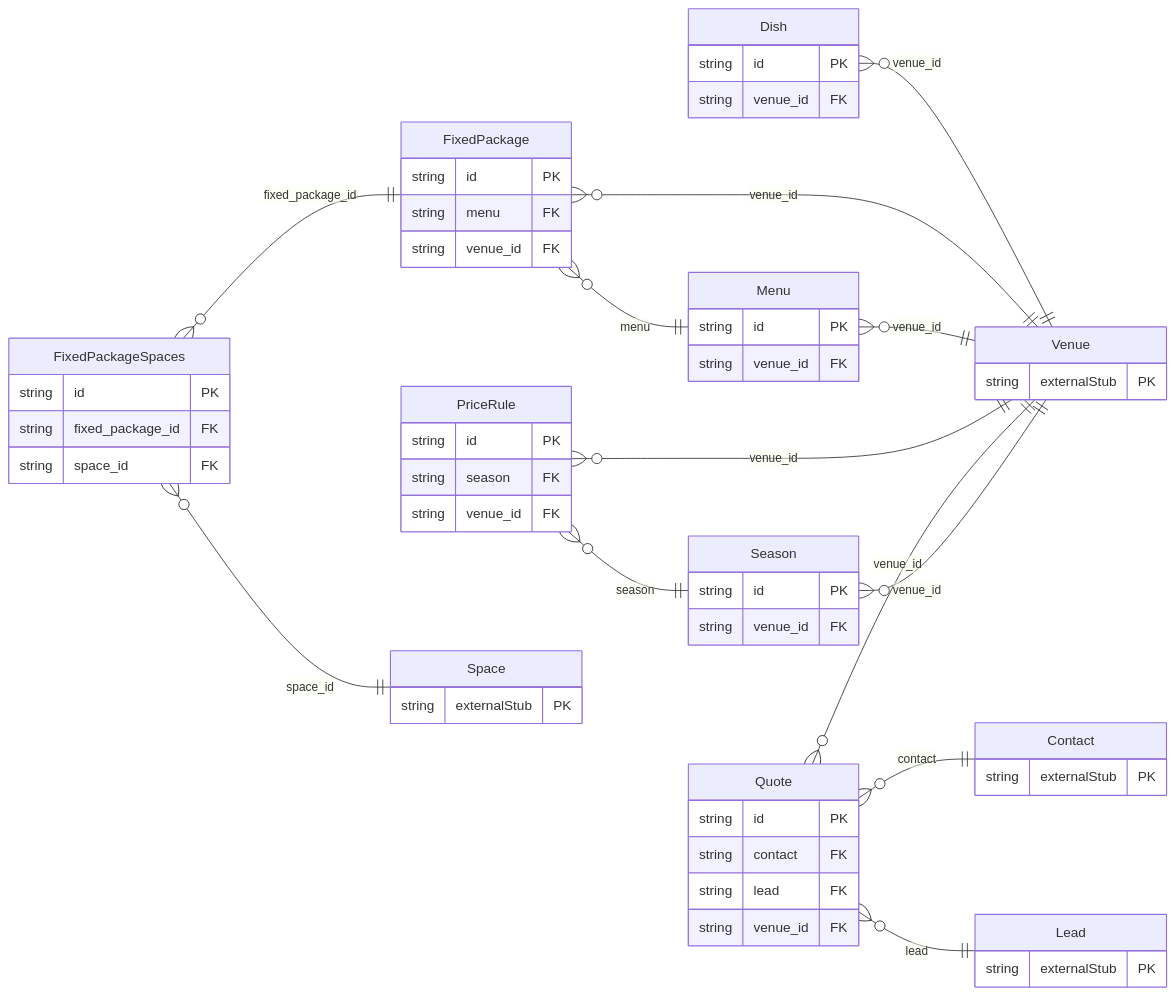
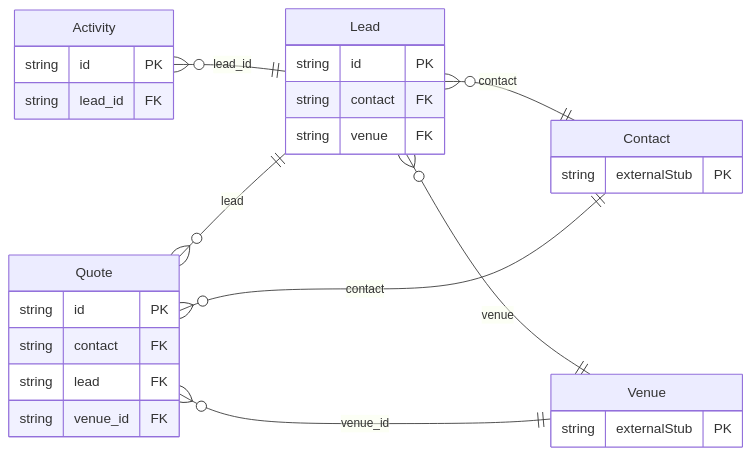
One commit to shokki-engineering/aperio changed the diagram in protobuf/generated/prisma/aperio/sales/README.md. Above: the diagram before and after it, drawn with Mermaid. The commit also changed other lines of this file and 155 other files, not shown here.

First line of the commit message:
Refactor Prisma schema and update enums for stay and event management

````diff
--- a/protobuf/generated/prisma/aperio/sales/README.md
+++ b/protobuf/generated/prisma/aperio/sales/README.md
@@ -13,61 +13,31 @@
 ```mermaid
 erDiagram
     direction LR
-    Dish {
+    Activity {
         string id PK
-        string venue_id FK
+        string lead_id FK
     }
-    FixedPackage {
+    Lead {
         string id PK
-        string menu FK
-        string venue_id FK
-    }
-    FixedPackageSpaces {
-        string id PK
-        string fixed_package_id FK
-        string space_id FK
-    }
-    Menu {
-        string id PK
-        string venue_id FK
-    }
-    PriceRule {
-        string id PK
-        string season FK
-        string venue_id FK
+        string contact FK
+        string venue FK
     }
     Quote {
         string id PK
         string contact FK
         string lead FK
         string venue_id FK
     }
-    Season {
-        string id PK
-        string venue_id FK
-    }
     Contact {
-        string externalStub PK
-    }
-    Lead {
-        string externalStub PK
-    }
-    Space {
         string externalStub PK
     }
     Venue {
         string externalStub PK
     }
-    Dish }o--|| Venue : "venue_id"
-    FixedPackage }o--|| Menu : "menu"
-    FixedPackage }o--|| Venue : "venue_id"
-    FixedPackageSpaces }o--|| FixedPackage : "fixed_package_id"
-    FixedPackageSpaces }o--|| Space : "space_id"
-    Menu }o--|| Venue : "venue_id"
-    PriceRule }o--|| Season : "season"
-    PriceRule }o--|| Venue : "venue_id"
+    Activity }o--|| Lead : "lead_id"
+    Lead }o--|| Contact : "contact"
+    Lead }o--|| Venue : "venue"
     Quote }o--|| Contact : "contact"
     Quote }o--|| Lead : "lead"
     Quote }o--|| Venue : "venue_id"
-    Season }o--|| Venue : "venue_id"
 ```
````
